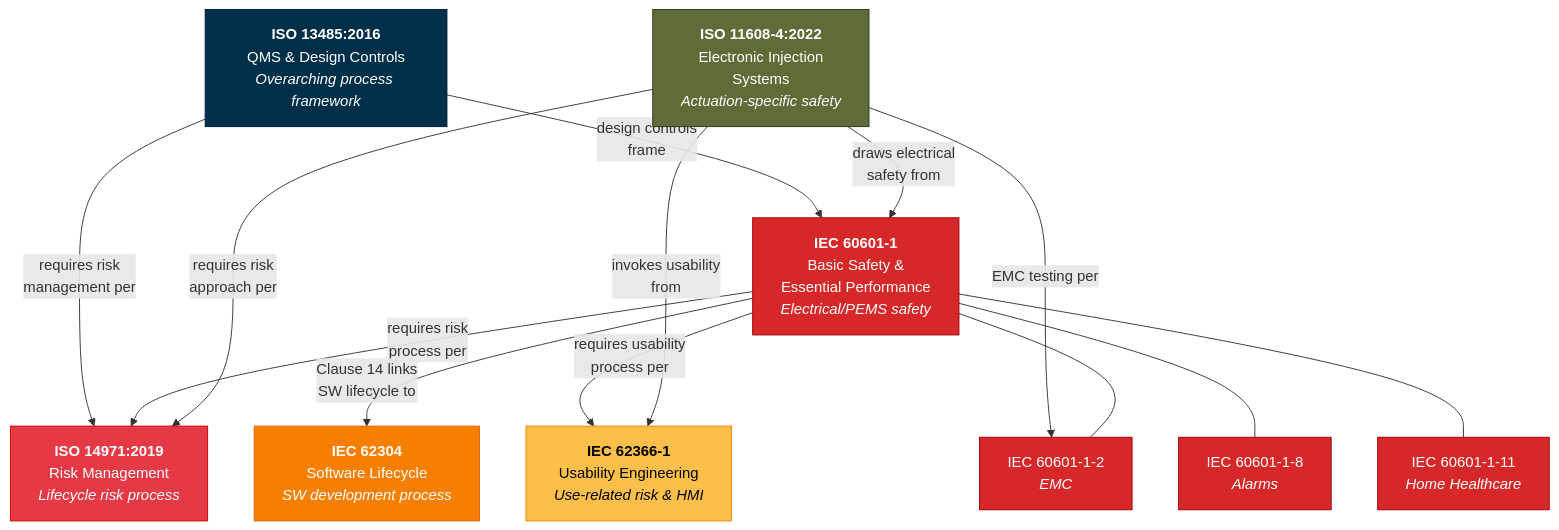
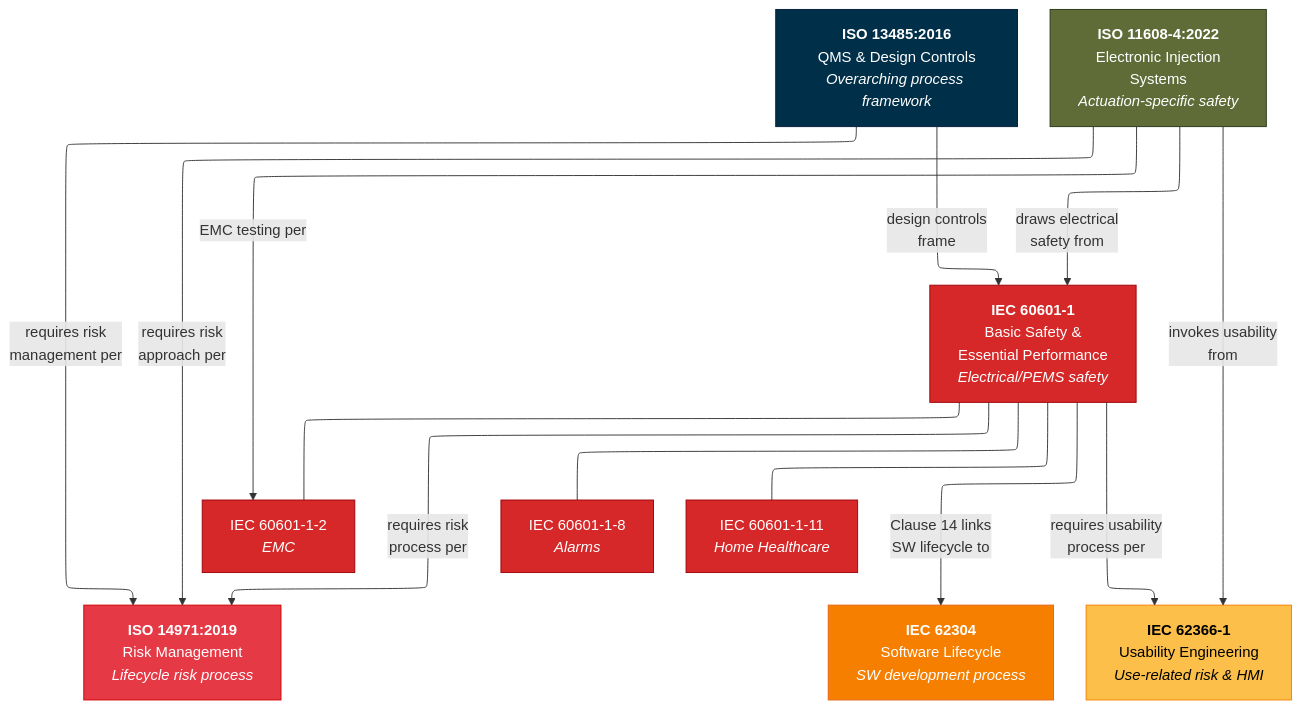
The sixth of 12 diagrams in 00 master outline mbse framework.md (llaallii/cuddly-barnacle), drawn with Mermaid before and after one commit. The commit also changed other lines of this file, not shown here.

First line of the commit message:
Refactor mermaid diagrams for clarity and layout

````diff
--- a/00 master outline mbse framework.md
+++ b/00 master outline mbse framework.md
@@ -301,37 +302,28 @@
 ```mermaid
-graph TD
-    ISO13485["<b>ISO 13485:2016</b><br/>QMS & Design Controls<br/><i>Overarching process framework</i>"]
-    IEC60601["<b>IEC 60601-1</b><br/>Basic Safety &<br/>Essential Performance<br/><i>Electrical/PEMS safety</i>"]
-    ISO14971["<b>ISO 14971:2019</b><br/>Risk Management<br/><i>Lifecycle risk process</i>"]
-    IEC62304["<b>IEC 62304</b><br/>Software Lifecycle<br/><i>SW development process</i>"]
-    IEC62366["<b>IEC 62366-1</b><br/>Usability Engineering<br/><i>Use-related risk & HMI</i>"]
-    ISO11608["<b>ISO 11608-4:2022</b><br/>Electronic Injection<br/>Systems<br/><i>Actuation-specific safety</i>"]
-    IEC60601_12["IEC 60601-1-2<br/><i>EMC</i>"]
-    IEC60601_18["IEC 60601-1-8<br/><i>Alarms</i>"]
-    IEC60601_111["IEC 60601-1-11<br/><i>Home Healthcare</i>"]
+---
+config:
+  layout: elk
+---
+flowchart TB
+    ISO13485["<b>ISO 13485:2016</b><br>QMS &amp; Design Controls<br><i>Overarching process framework</i>"] -- requires risk<br>management per --> ISO14971["<b>ISO 14971:2019</b><br>Risk Management<br><i>Lifecycle risk process</i>"]
+    ISO13485 -- design controls<br>frame --> IEC60601["<b>IEC 60601-1</b><br>Basic Safety &amp;<br>Essential Performance<br><i>Electrical/PEMS safety</i>"]
+    IEC60601 -- requires risk<br>process per --> ISO14971
+    IEC60601 -- Clause 14 links<br>SW lifecycle to --> IEC62304["<b>IEC 62304</b><br>Software Lifecycle<br><i>SW development process</i>"]
+    IEC60601 -- requires usability<br>process per --> IEC62366["<b>IEC 62366-1</b><br>Usability Engineering<br><i>Use-related risk &amp; HMI</i>"]
+    ISO11608["<b>ISO 11608-4:2022</b><br>Electronic Injection<br>Systems<br><i>Actuation-specific safety</i>"] -- draws electrical<br>safety from --> IEC60601
+    ISO11608 -- requires risk<br>approach per --> ISO14971
+    ISO11608 -- invokes usability<br>from --> IEC62366
+    ISO11608 -- EMC testing per --> IEC60601_12["IEC 60601-1-2<br><i>EMC</i>"]
+    IEC60601 --- IEC60601_12 & IEC60601_18["IEC 60601-1-8<br><i>Alarms</i>"] & IEC60601_111["IEC 60601-1-11<br><i>Home Healthcare</i>"]
 
-    ISO13485 -->|"requires risk<br/>management per"| ISO14971
-    ISO13485 -->|"design controls<br/>frame"| IEC60601
-    IEC60601 -->|"requires risk<br/>process per"| ISO14971
-    IEC60601 -->|"Clause 14 links<br/>SW lifecycle to"| IEC62304
-    IEC60601 -->|"requires usability<br/>process per"| IEC62366
-    ISO11608 -->|"draws electrical<br/>safety from"| IEC60601
-    ISO11608 -->|"requires risk<br/>approach per"| ISO14971
-    ISO11608 -->|"invokes usability<br/>from"| IEC62366
-    ISO11608 -->|"EMC testing per"| IEC60601_12
-    IEC60601 --- IEC60601_12
-    IEC60601 --- IEC60601_18
-    IEC60601 --- IEC60601_111
-
-    ISO14971:::riskStyle
-
+     ISO14971:::riskStyle
     classDef riskStyle fill:#e63946,stroke:#d00000,color:#fff
     style ISO13485 fill:#003049,stroke:#001d3d,color:#fff
     style IEC60601 fill:#d62828,stroke:#9d0208,color:#fff
     style IEC62304 fill:#f77f00,stroke:#e36414,color:#fff
     style IEC62366 fill:#fcbf49,stroke:#f77f00,color:#000
     style ISO11608 fill:#606c38,stroke:#283618,color:#fff
     style IEC60601_12 fill:#d62828,stroke:#9d0208,color:#fff
     style IEC60601_18 fill:#d62828,stroke:#9d0208,color:#fff
     style IEC60601_111 fill:#d62828,stroke:#9d0208,color:#fff
 ```
````
